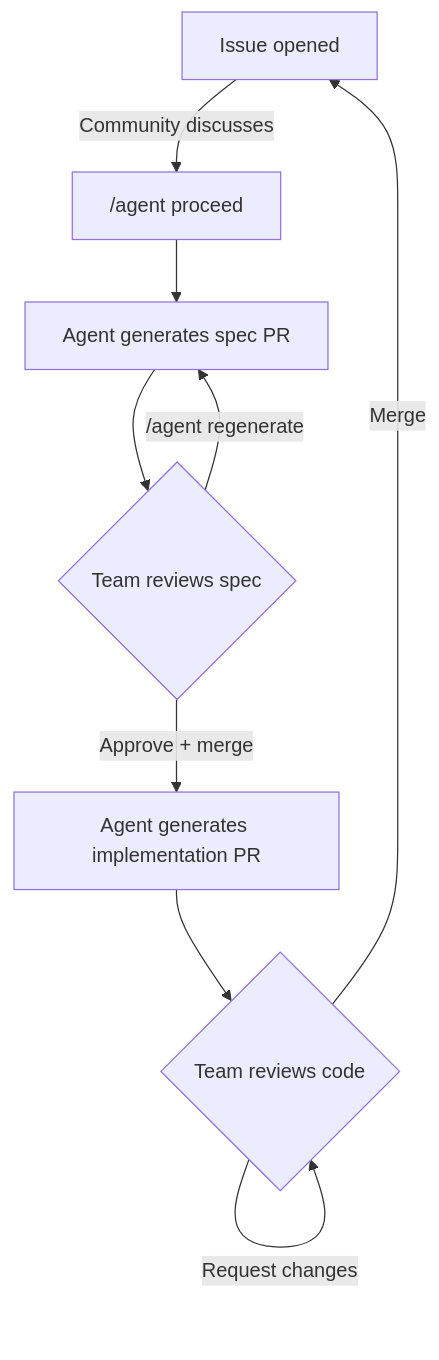
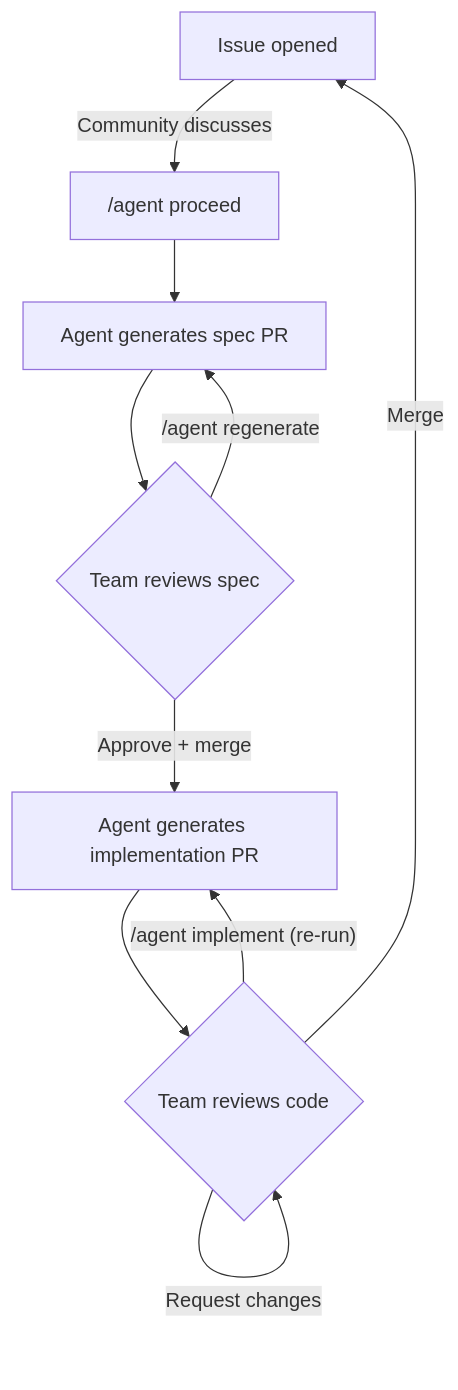
Before and after one commit to roboportal/agent-flow-to-do: the diagram in README.md, drawn with Mermaid. The commit also changed other lines of this file, not shown here.

````diff
--- a/README.md
+++ b/README.md
@@ -7,11 +7,12 @@
 ```mermaid
 flowchart TD
     A[Issue opened] -->|Community discusses| B["/agent proceed"]
     B --> C[Agent generates spec PR]
     C --> D{Team reviews spec}
     D -->|"/agent regenerate"| C
     D -->|Approve + merge| E[Agent generates implementation PR]
     E --> F{Team reviews code}
+    F -->|"/agent implement (re-run)"| E
     F -->|Request changes| F
     F -->|Merge| A
 ```
````
